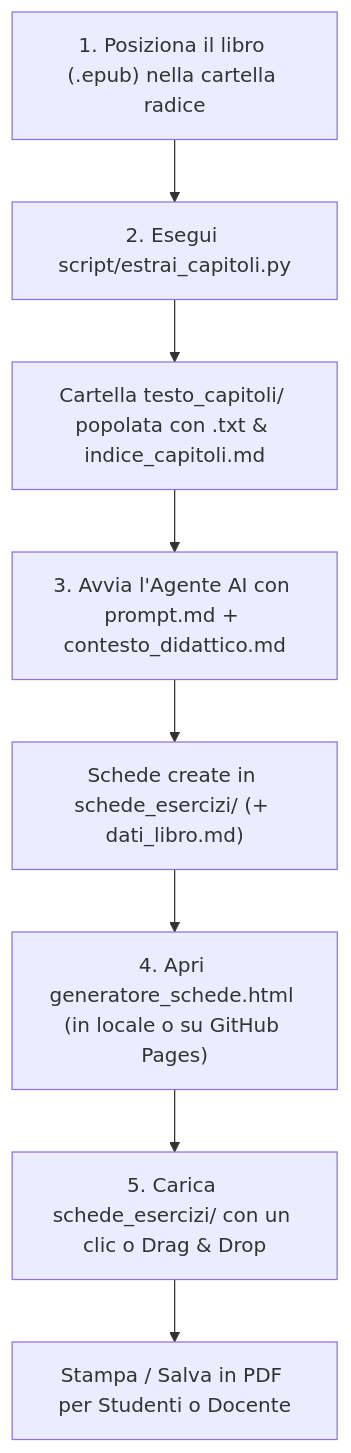
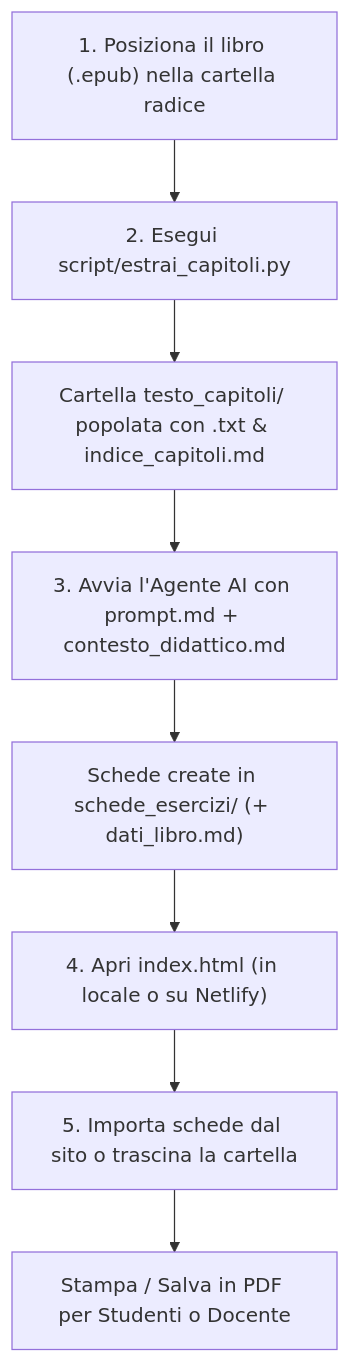
One commit to aalborghetti/AnalisiLibro changed the diagram in README.md. Above: the diagram before and after it, drawn with Mermaid. The commit also changed other lines of this file and 6 other files, not shown here.

Commit message:
Rinominato generatore_schede in index.html e ottimizzata esperienza mobile

````diff
--- a/README.md
+++ b/README.md
@@ -51,10 +51,10 @@
 ```mermaid
 flowchart TD
     A["1. Posiziona il libro (.epub) nella cartella radice"] --> B["2. Esegui script/estrai_capitoli.py"]
     B --> C["Cartella testo_capitoli/ popolata con .txt & indice_capitoli.md"]
     C --> D["3. Avvia l'Agente AI con prompt.md + contesto_didattico.md"]
     D --> E["Schede create in schede_esercizi/ (+ dati_libro.md)"]
-    E --> F["4. Apri generatore_schede.html (in locale o su GitHub Pages)"]
-    F --> G["5. Carica schede_esercizi/ con un clic o Drag & Drop"]
+    E --> F["4. Apri index.html (in locale o su Netlify)"]
+    F --> G["5. Importa schede dal sito o trascina la cartella"]
     G --> H["Stampa / Salva in PDF per Studenti o Docente"]
 ```
````
